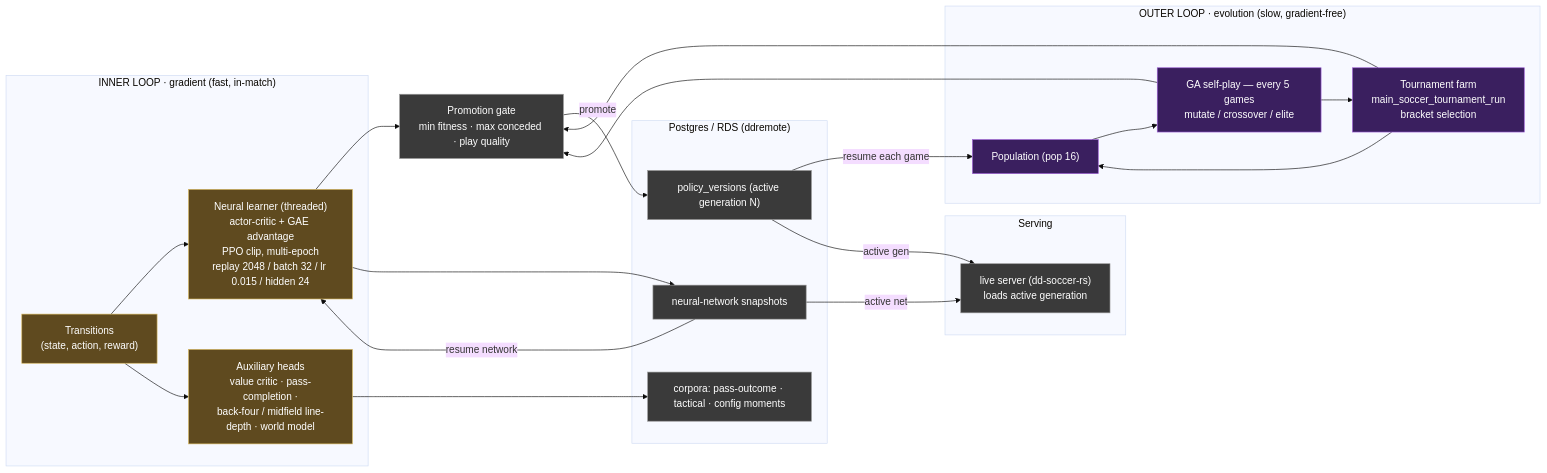
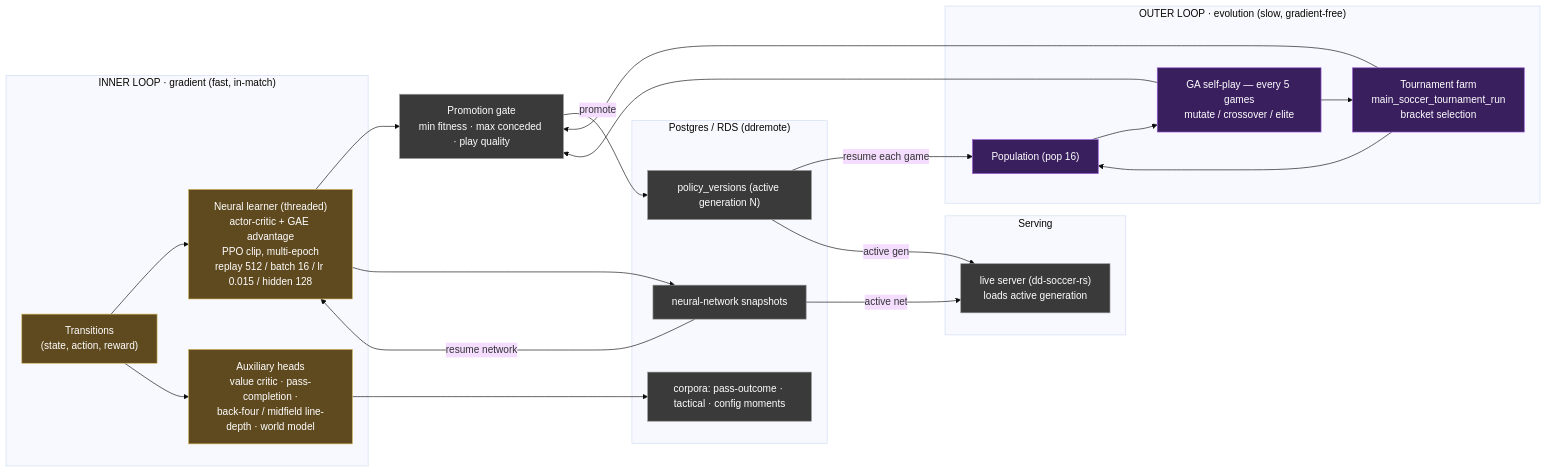
One commit to akrion-sim/akrion-soccer-engine-rs changed the second of 2 diagrams in docs/flowchart.md. Above: the diagram before and after it, drawn with Mermaid (base theme).

Commit message:
claude autosave 2026-07-09T04:49:00Z

````diff
--- a/docs/flowchart.md
+++ b/docs/flowchart.md
@@ -83,48 +83,48 @@
 ```mermaid
 flowchart LR
     subgraph INNER["INNER LOOP · gradient (fast, in-match)"]
         TRANS["Transitions<br/>(state, action, reward)"]
-        NEU["Neural learner (threaded)<br/>actor-critic + GAE advantage<br/>PPO clip, multi-epoch<br/>replay 2048 / batch 32 / lr 0.015 / hidden 24"]
+        NEU["Neural learner (threaded)<br/>actor-critic + GAE advantage<br/>PPO clip, multi-epoch<br/>replay 512 / batch 16 / lr 0.015 / hidden 128"]
         AUX["Auxiliary heads<br/>value critic · pass-completion ·<br/>back-four / midfield line-depth · world model"]
         TRANS --> NEU
         TRANS --> AUX
     end
 
     subgraph OUTER["OUTER LOOP · evolution (slow, gradient-free)"]
         POP["Population (pop 16)"]
         GA["GA self-play — every 5 games<br/>mutate / crossover / elite"]
         TOUR["Tournament farm<br/>main_soccer_tournament_run<br/>bracket selection"]
         POP --> GA --> TOUR --> POP
     end
 
     GATE["Promotion gate<br/>min fitness · max conceded · play quality"]
     NEU --> GATE
     GA --> GATE
     TOUR --> GATE
 
     subgraph PG["Postgres / RDS (ddremote)"]
         PV["policy_versions (active generation N)"]
         NN["neural-network snapshots"]
         CORP["corpora: pass-outcome · tactical · config moments"]
     end
 
     GATE -->|promote| PV
     NEU --> NN
     AUX --> CORP
 
     subgraph SERVE["Serving"]
         LIVE["live server (dd-soccer-rs)<br/>loads active generation"]
     end
 
     PV -->|resume each game| POP
     NN -->|resume network| NEU
     PV -->|active gen| LIVE
     NN -->|active net| LIVE
 
     classDef nn fill:#5f4a1f,stroke:#d5b55b,color:#fff;
     classDef ga fill:#3a1f5f,stroke:#9b5bd5,color:#fff;
     classDef store fill:#3a3a3a,stroke:#999,color:#fff;
     class TRANS,NEU,AUX nn;
     class POP,GA,TOUR ga;
     class GATE,PV,NN,CORP,LIVE store;
 ```
````
